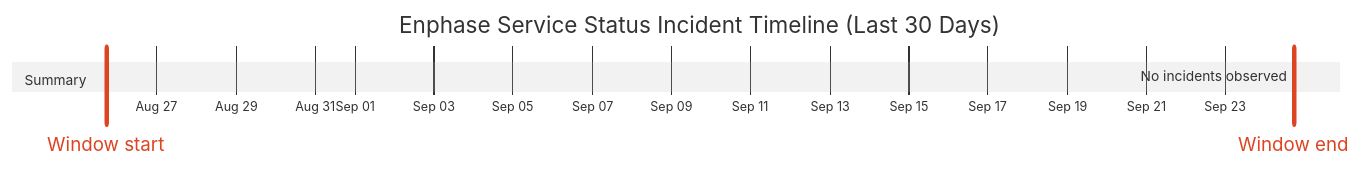
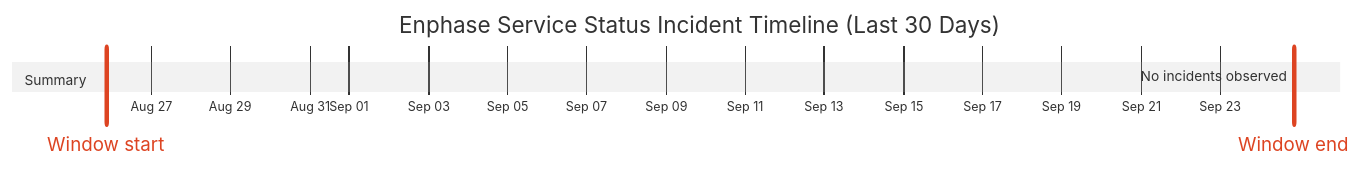
One commit to barneyonline/ha-enphase-energy changed the diagram in wiki/Service-Status-History.md. Above: the diagram before and after it, drawn with Mermaid (neutral theme). The commit also changed other lines of this file and 3 other files, not shown here.

````diff
--- a/wiki/Service-Status-History.md
+++ b/wiki/Service-Status-History.md
@@ -14,10 +14,10 @@
 ```mermaid
 gantt
     title Enphase Service Status Incident Timeline (Last 30 Days)
     dateFormat  YYYY-MM-DDTHH:mm:ss
     axisFormat  %b %d
-    Window start :vert, window-start, 2026-08-25T17:26:33, 0ms
-    Window end :vert, window-end, 2026-09-24T17:26:33, 0ms
+    Window start :vert, window-start, 2026-08-25T20:39:43, 0ms
+    Window end :vert, window-end, 2026-09-24T20:39:43, 0ms
     section Summary
-    No incidents observed :done, 2026-09-24T17:26:33, 1m
+    No incidents observed :done, 2026-09-24T20:39:43, 1m
 ```
````
